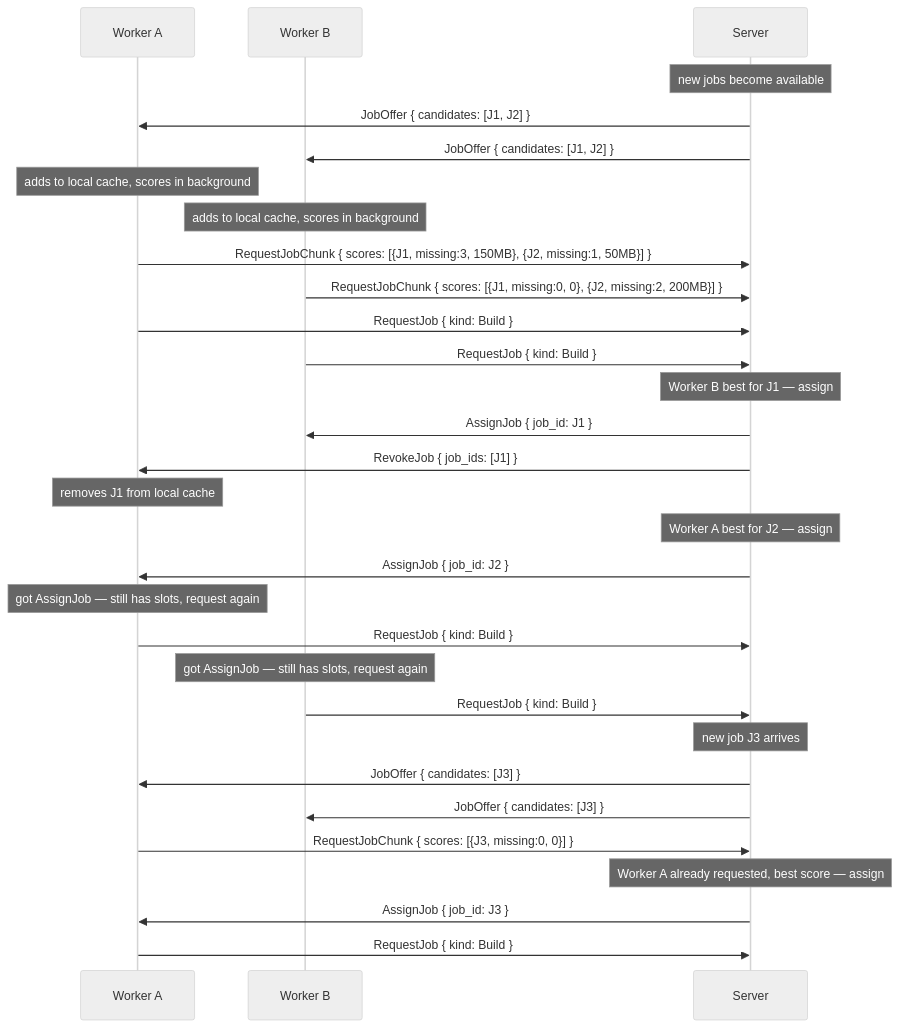
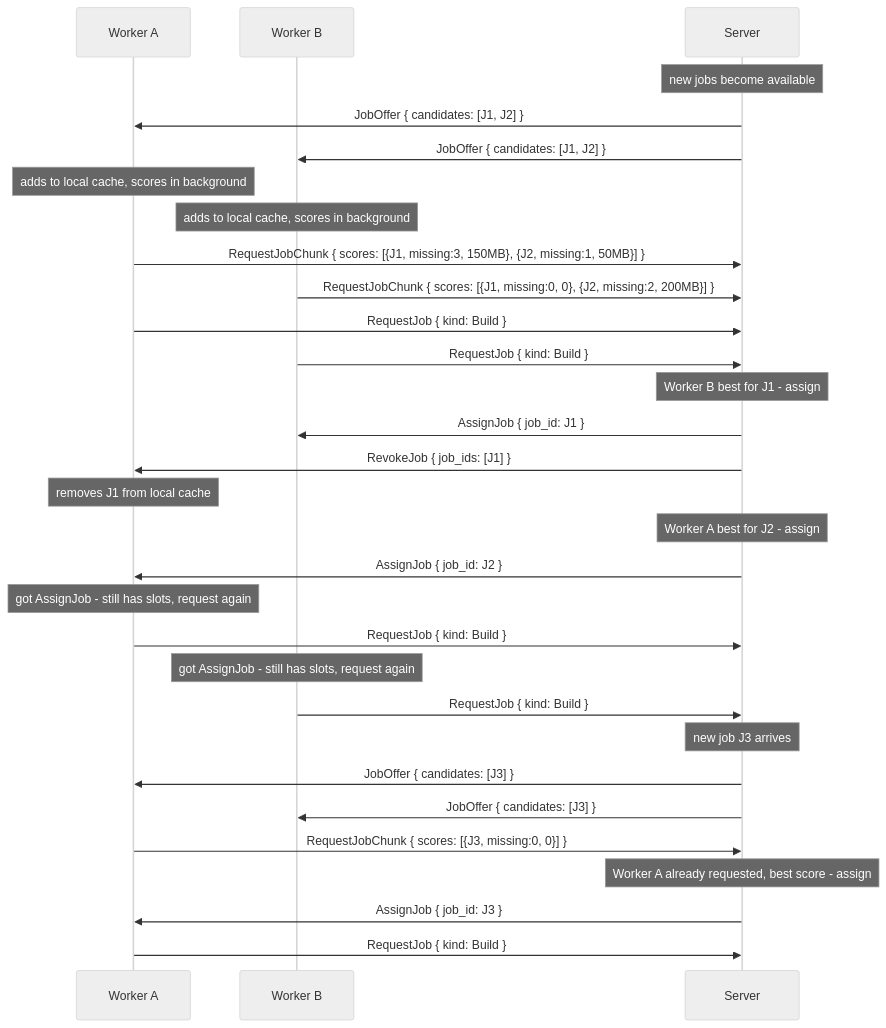
The ninth of 25 diagrams in docs/src/development/proto.md (wavelens/gradient), drawn with Mermaid (neutral theme) before and after one commit. The commit also changed other lines of this file and 266 other files, not shown here.

````diff
--- a/docs/src/development/proto.md
+++ b/docs/src/development/proto.md
@@ -293,36 +293,36 @@
 ```mermaid
 sequenceDiagram
     participant W1 as Worker A
     participant W2 as Worker B
     participant S as Server
 
     Note over S: new jobs become available
     S->>W1: JobOffer { candidates: [J1, J2] }
     S->>W2: JobOffer { candidates: [J1, J2] }
     Note over W1: adds to local cache, scores in background
     Note over W2: adds to local cache, scores in background
 
     W1->>S: RequestJobChunk { scores: [{J1, missing:3, 150MB}, {J2, missing:1, 50MB}] }
     W2->>S: RequestJobChunk { scores: [{J1, missing:0, 0}, {J2, missing:2, 200MB}] }
 
     W1->>S: RequestJob { kind: Build }
     W2->>S: RequestJob { kind: Build }
-    Note over S: Worker B best for J1 — assign
+    Note over S: Worker B best for J1 - assign
     S->>W2: AssignJob { job_id: J1 }
     S->>W1: RevokeJob { job_ids: [J1] }
     Note over W1: removes J1 from local cache
-    Note over S: Worker A best for J2 — assign
+    Note over S: Worker A best for J2 - assign
     S->>W1: AssignJob { job_id: J2 }
-    Note over W1: got AssignJob — still has slots, request again
+    Note over W1: got AssignJob - still has slots, request again
     W1->>S: RequestJob { kind: Build }
-    Note over W2: got AssignJob — still has slots, request again
+    Note over W2: got AssignJob - still has slots, request again
     W2->>S: RequestJob { kind: Build }
 
     Note over S: new job J3 arrives
     S->>W1: JobOffer { candidates: [J3] }
     S->>W2: JobOffer { candidates: [J3] }
     W1->>S: RequestJobChunk { scores: [{J3, missing:0, 0}] }
-    Note over S: Worker A already requested, best score — assign
+    Note over S: Worker A already requested, best score - assign
     S->>W1: AssignJob { job_id: J3 }
     W1->>S: RequestJob { kind: Build }
 ```
````
